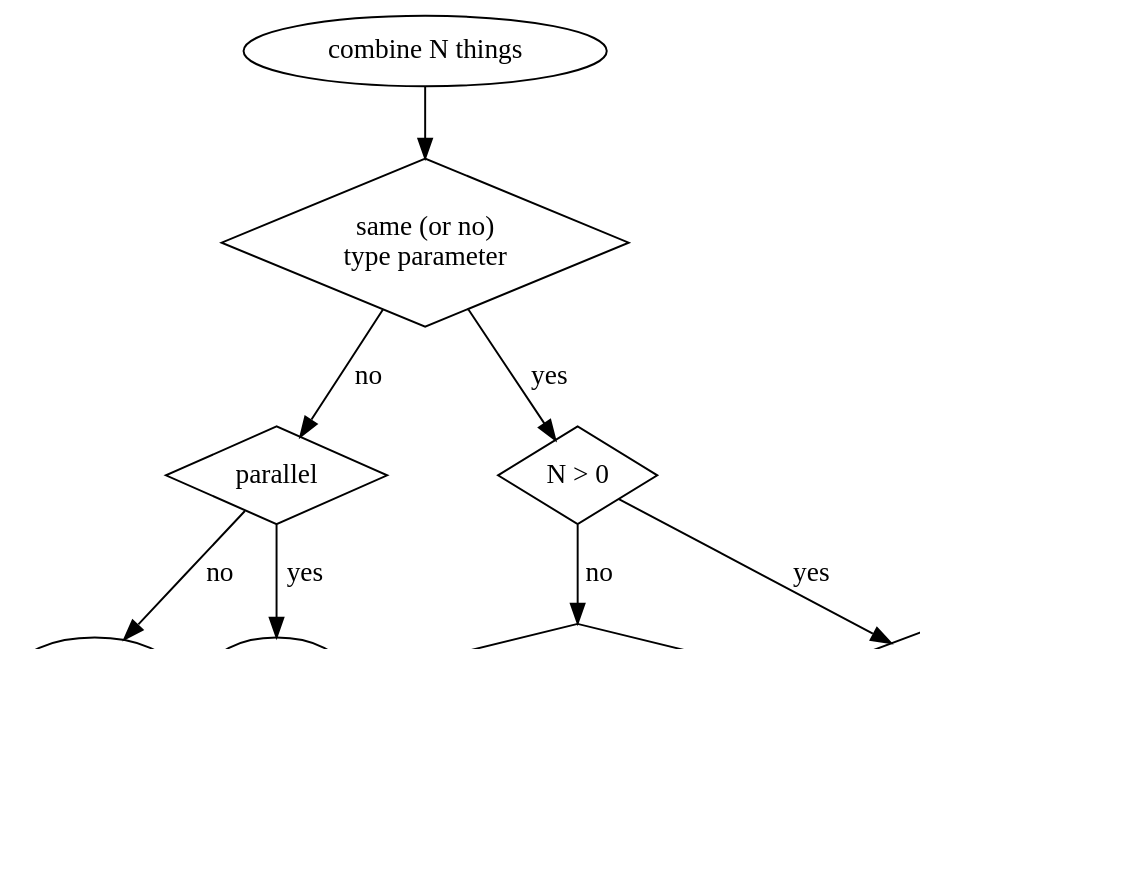
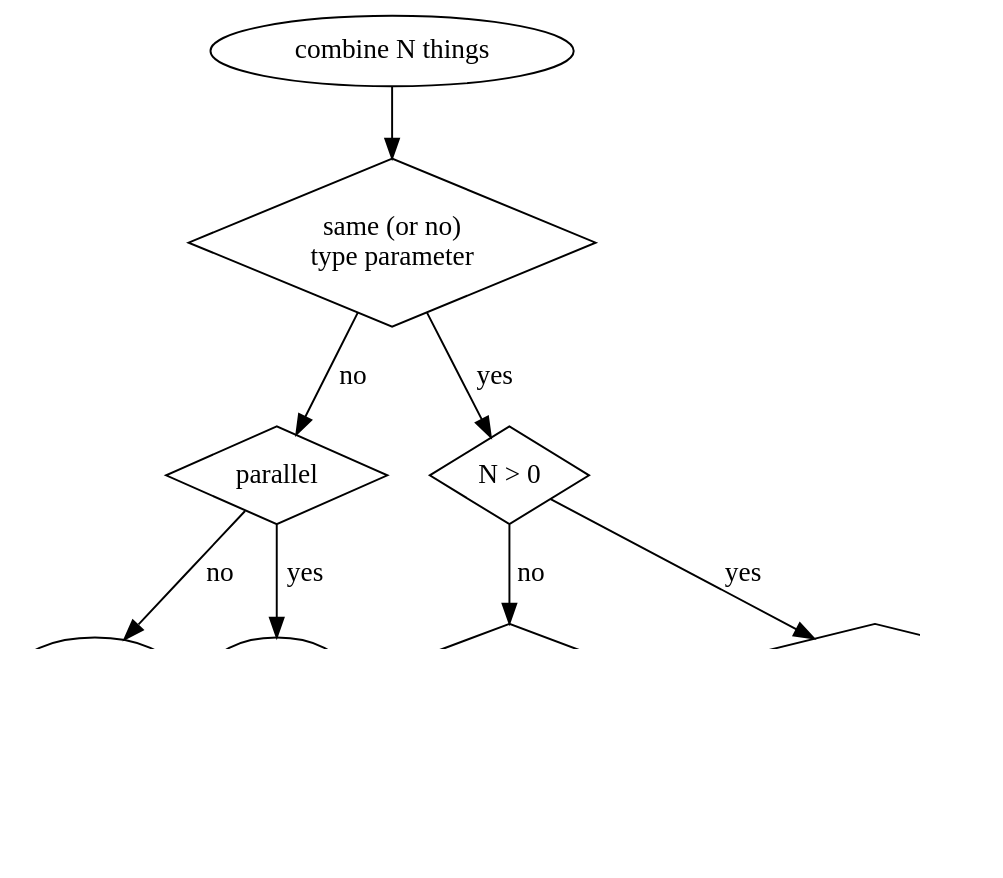
Diagram 18 of 18 in manuscript/book.org (fommil/fpmortals), drawn with Graphviz before and after one commit. The commit also changed 1 other file, not shown here.

Commit message:
silly typo

```diff
--- a/manuscript/book.org
+++ b/manuscript/book.org
@@ -5941,35 +5941,36 @@
 #+BEGIN_SRC dot :file images/shortest-fp-book.png :exports results
 digraph G {
     graph [dpi=100, rankdir=TB];
 
     things [label="combine N things",shape=oval];
     type [label="same (or no)\n type parameter",shape=diamond,height=1.2];
     parallel [label="parallel",shape=diamond,height=0.7];
     gtzero [label="N > 0", fontname=Hack,shape=diamond,height=0.7];
 
     Monad [fontname=Hack];
     Apply [fontname=Hack];
 
+    Semigroup [fontname=Hack];
+    hkt [label="early exit",shape=diamond,height=0.7];
+    Plus [fontname=Hack];
+
     effonce [label="effectively once",shape=diamond,height=0.7];
     Monoid [fontname=Hack];
     Band [fontname=Hack]
 
-    Semigroup [fontname=Hack];
-    hkt [label="early exit",shape=diamond,height=0.7];
-    Plus [fontname=Hack];
-
     things -> type;
     type -> gtzero [label=" yes"];
-    gtzero -> hkt [label=" yes"]
     hkt -> Plus [label=" yes"]
     hkt -> Semigroup [label=" no"]
 
-    gtzero -> effonce [label=" no"]
+    gtzero -> hkt [label=" no"]
+    gtzero -> effonce [label=" yes"]
+
     effonce -> Monoid [label=" no"];
     effonce -> Band [label=" yes"]
 
     type -> parallel [label=" no"];
     parallel -> Apply [label=" yes"];
     parallel -> Monad [label=" no"];
 }
 #+END_SRC
```
